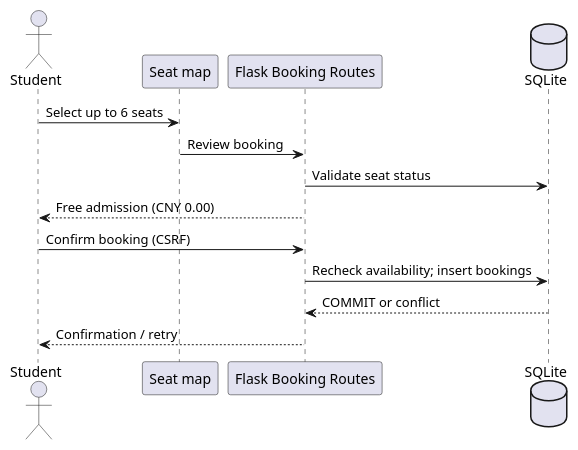
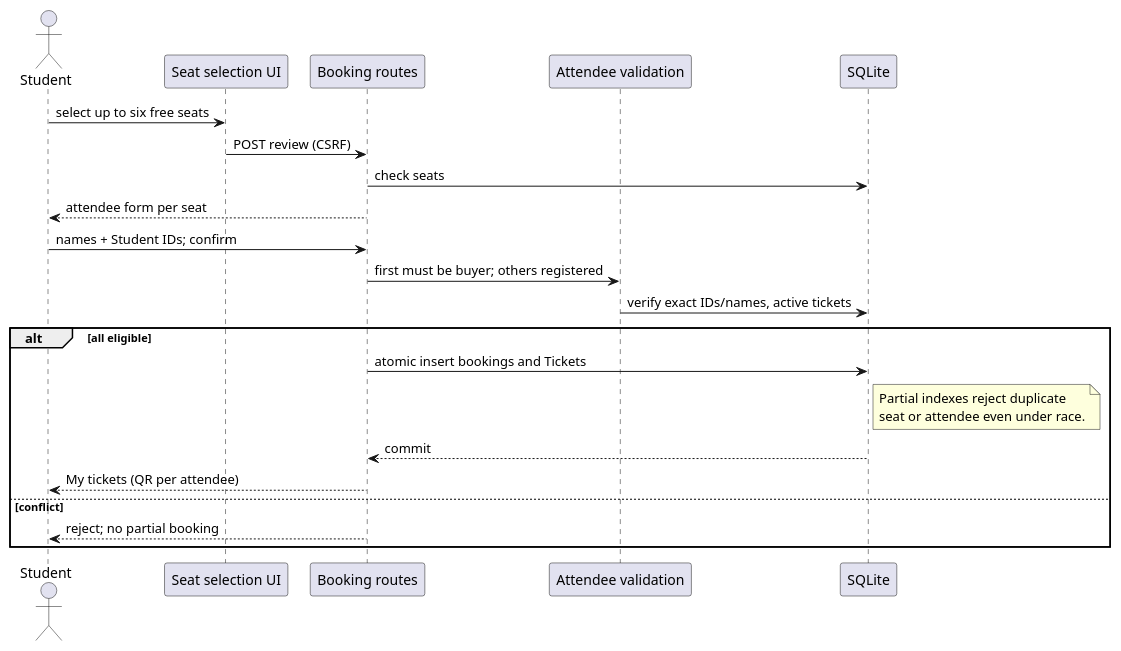
One commit to ItsMONIKAAKTER/CSTBS changed the third of 5 diagrams in docs/uml.md. Above: the diagram before and after it, drawn with PlantUML. The commit also changed other lines of this file and 53 other files, not shown here.

````diff
--- a/docs/uml.md
+++ b/docs/uml.md
@@ -75,16 +96,27 @@
 ```plantuml
 @startuml
 actor Student
-participant "Seat map" as UI
-participant "Flask Booking Routes" as API
-database SQLite
-Student -> UI : Select up to 6 seats
-UI -> API : Review booking
-API -> SQLite : Validate seat status
-API --> Student : Free admission (CNY 0.00)
-Student -> API : Confirm booking (CSRF)
-API -> SQLite : Recheck availability; insert bookings
-SQLite --> API : COMMIT or conflict
-API --> Student : Confirmation / retry
+participant "Seat selection UI" as UI
+participant "Booking routes" as Booking
+participant "Attendee validation" as Validator
+participant "SQLite" as DB
+Student -> UI : select up to six free seats
+UI -> Booking : POST review (CSRF)
+Booking -> DB : check seats
+Booking --> Student : attendee form per seat
+Student -> Booking : names + Student IDs; confirm
+Booking -> Validator : first must be buyer; others registered
+Validator -> DB : verify exact IDs/names, active tickets
+alt all eligible
+  Booking -> DB : atomic insert bookings and Tickets
+  note right of DB
+  Partial indexes reject duplicate
+  seat or attendee even under race.
+  end note
+  DB --> Booking : commit
+  Booking --> Student : My tickets (QR per attendee)
+else conflict
+  Booking --> Student : reject; no partial booking
+end
 @enduml
 ```
````
